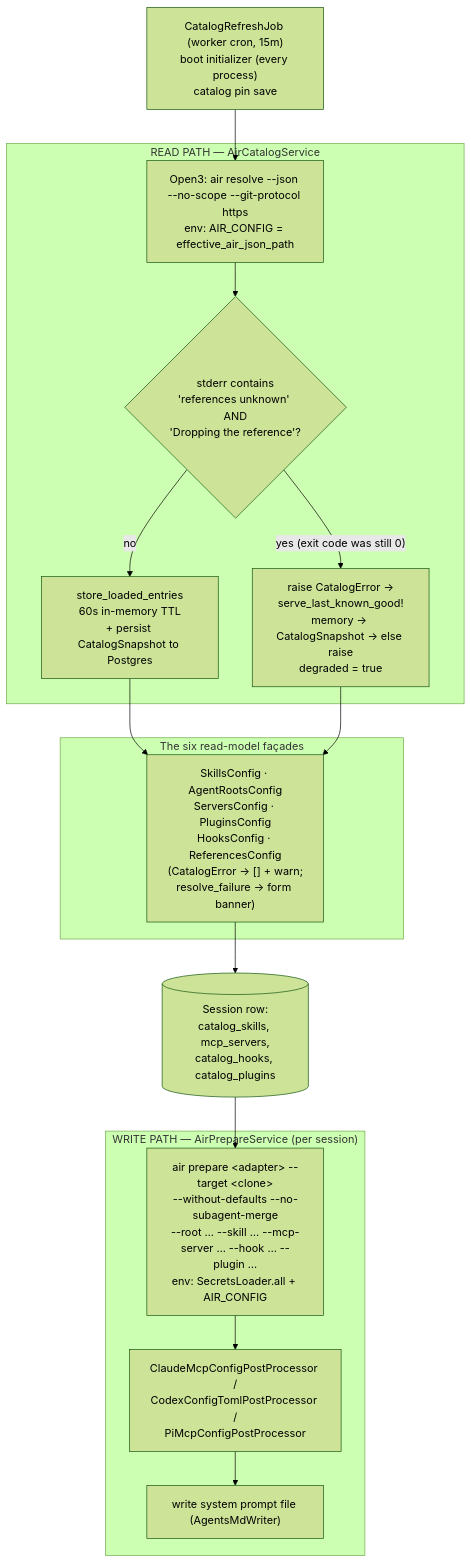
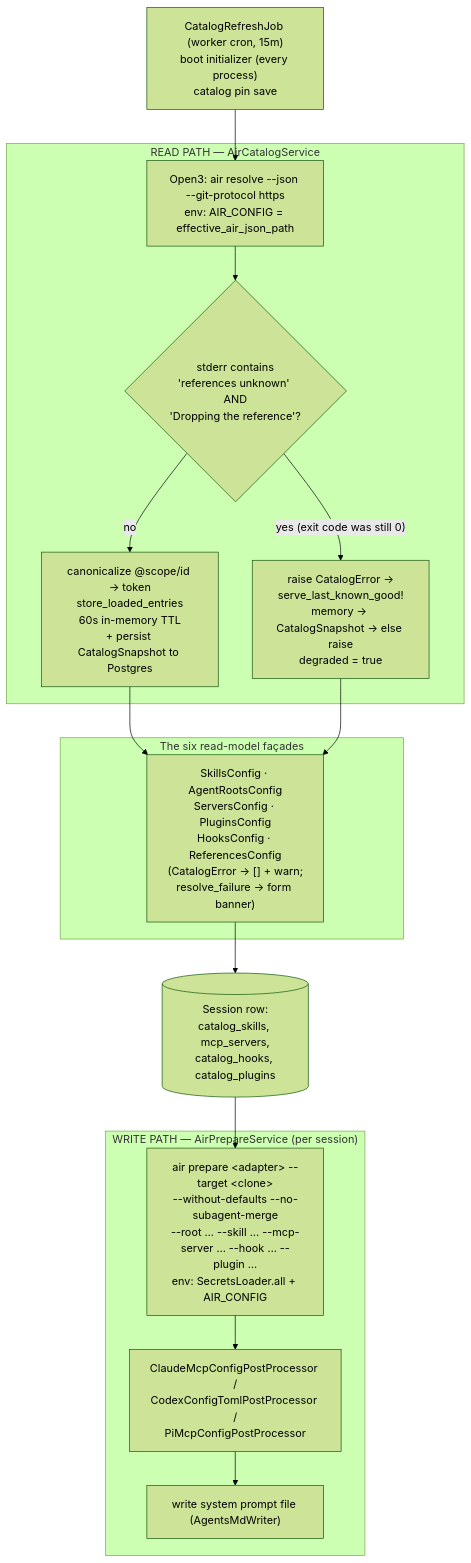
Before and after one commit to tadasant/zimmer: the diagram in docs/src/content/docs/air/zimmer-integration.md, drawn with Mermaid (forest theme). The commit also changed other lines of this file and 25 other files, not shown here.

````diff
--- a/docs/src/content/docs/air/zimmer-integration.md
+++ b/docs/src/content/docs/air/zimmer-integration.md
@@ -11,29 +11,29 @@
 ```mermaid
 flowchart TB
     subgraph read["READ PATH — AirCatalogService"]
-        R1["Open3: air resolve --json --no-scope --git-protocol https<br/>env: AIR_CONFIG = effective_air_json_path"]
+        R1["Open3: air resolve --json --git-protocol https<br/>env: AIR_CONFIG = effective_air_json_path"]
         R2{"stderr contains<br/>'references unknown' AND<br/>'Dropping the reference'?"}
-        R3["store_loaded_entries<br/>60s in-memory TTL<br/>+ persist CatalogSnapshot to Postgres"]
+        R3["canonicalize @scope/id → token<br/>store_loaded_entries<br/>60s in-memory TTL<br/>+ persist CatalogSnapshot to Postgres"]
         R4["raise CatalogError →<br/>serve_last_known_good!<br/>memory → CatalogSnapshot → else raise<br/>degraded = true"]
         R1 --> R2
         R2 -->|no| R3
         R2 -->|"yes (exit code was still 0)"| R4
     end
 
     subgraph facades["The six read-model façades"]
         F["SkillsConfig · AgentRootsConfig<br/>ServersConfig · PluginsConfig<br/>HooksConfig · ReferencesConfig<br/>(CatalogError → [] + warn;<br/>resolve_failure → form banner)"]
     end
 
     subgraph write["WRITE PATH — AirPrepareService (per session)"]
         W["air prepare &lt;adapter&gt; --target &lt;clone&gt;<br/>--without-defaults --no-subagent-merge<br/>--root … --skill … --mcp-server … --hook … --plugin …<br/>env: SecretsLoader.all + AIR_CONFIG"]
         W2["ClaudeMcpConfigPostProcessor /<br/>CodexConfigTomlPostProcessor /<br/>PiMcpConfigPostProcessor"]
         W3["write system prompt file (AgentsMdWriter)"]
         W --> W2 --> W3
     end
 
     REFRESH["CatalogRefreshJob (worker cron, 15m)<br/>boot initializer (every process)<br/>catalog pin save"] --> R1
     R3 --> F
     R4 --> F
     F --> DB[("Session row:<br/>catalog_skills, mcp_servers,<br/>catalog_hooks, catalog_plugins")]
     DB --> W
 ```
````
